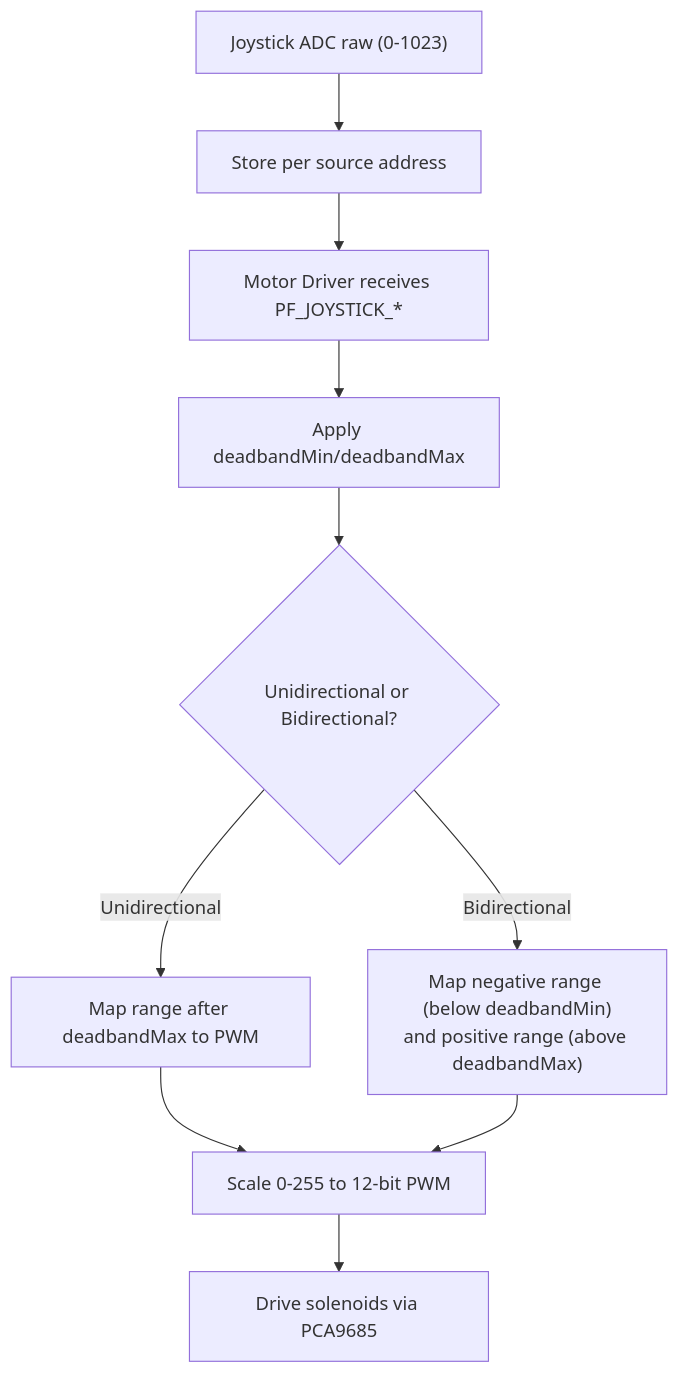
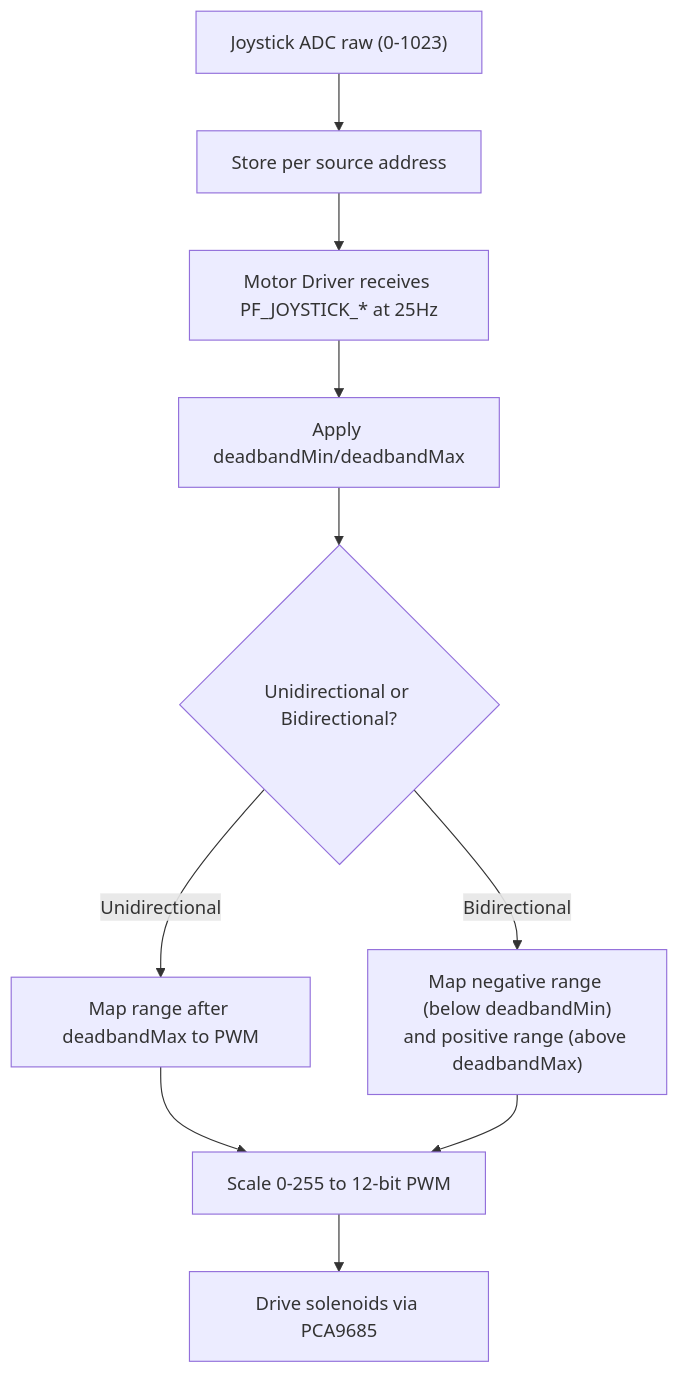
The seventh of 9 diagrams in .qoder/repowiki/en/content/ECU Implementations/Joystick ECU/Joystick ECU.md (gunicsba/ESP_CAN_ECU_joystick_collection), drawn with Mermaid before and after one commit. The commit also changed other lines of this file and 15 other files, not shown here.

````diff
--- a/.qoder/repowiki/en/content/ECU Implementations/Joystick ECU/Joystick ECU.md
+++ b/.qoder/repowiki/en/content/ECU Implementations/Joystick ECU/Joystick ECU.md
@@ -205,12 +282,12 @@
 ```mermaid
 flowchart TD
 A["Joystick ADC raw (0-1023)"] --> B["Store per source address"]
-B --> C["Motor Driver receives PF_JOYSTICK_*"]
+B --> C["Motor Driver receives PF_JOYSTICK_* at 25Hz"]
 C --> D["Apply deadbandMin/deadbandMax"]
 D --> E{"Unidirectional or Bidirectional?"}
 E --> |Unidirectional| F["Map range after deadbandMax to PWM"]
 E --> |Bidirectional| G["Map negative range (below deadbandMin)<br/>and positive range (above deadbandMax)"]
 F --> H["Scale 0-255 to 12-bit PWM"]
 G --> H
 H --> I["Drive solenoids via PCA9685"]
 ```
````
